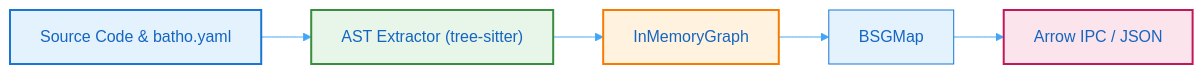
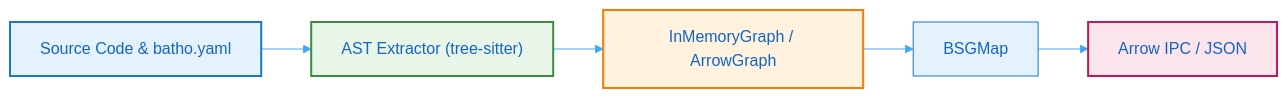
Before and after one commit to sageoz/Batho: the diagram in docs-site/docs/intro.md, drawn with Mermaid. The commit also changed other lines of this file and 22 other files, not shown here.

````diff
--- a/docs-site/docs/intro.md
+++ b/docs-site/docs/intro.md
@@ -34,13 +34,13 @@
 ```mermaid
 %%{init: {'theme': 'base', 'themeVariables': { 'primaryColor': '#e3f2fd', 'primaryTextColor': '#1565c0', 'primaryBorderColor': '#1976d2', 'lineColor': '#42a5f5', 'secondaryColor': '#f3e5f5', 'tertiaryColor': '#e8f5e9'}}}%%
 flowchart LR
     Sources["Source Code & batho.yaml"] --> Extractor["AST Extractor (tree-sitter)"]
-    Extractor --> Graph["InMemoryGraph"]
+    Extractor --> Graph["InMemoryGraph / ArrowGraph"]
     Graph --> BSG["BSGMap"]
     BSG --> Arrow["Arrow IPC / JSON"]
 
     style Sources fill:#e3f2fd,stroke:#1976d2,stroke-width:2px
     style Extractor fill:#e8f5e9,stroke:#388e3c,stroke-width:2px
     style Graph fill:#fff3e0,stroke:#f57c00,stroke-width:2px
     style Arrow fill:#fce4ec,stroke:#c2185b,stroke-width:2px
 ```
````
